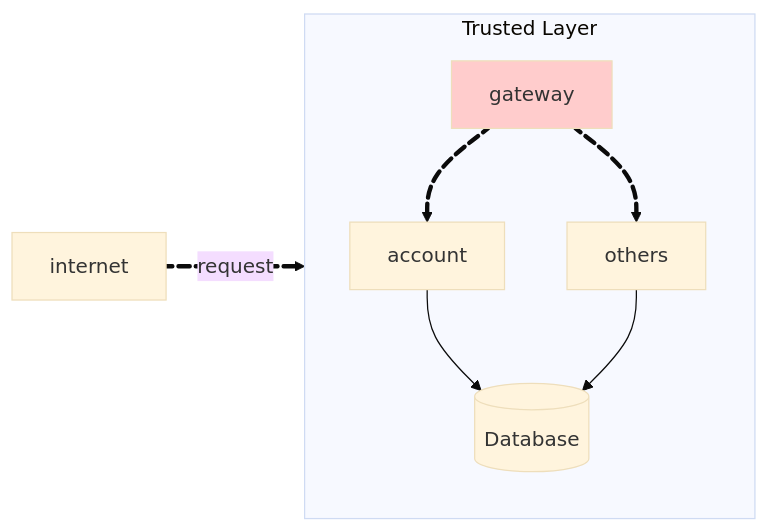
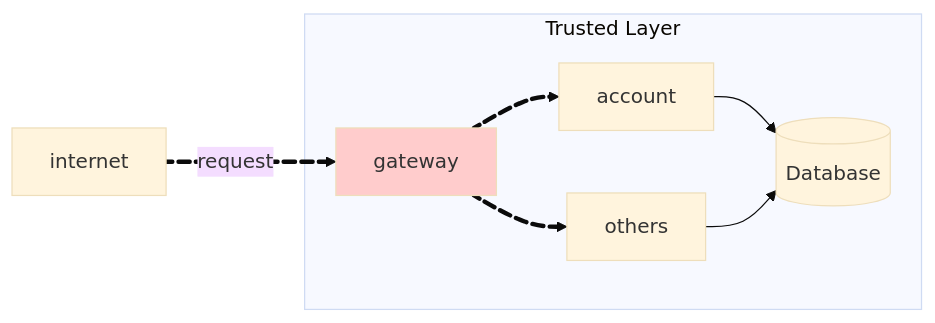
The diagram in docs/2026.1/hands-on/2/index.md (Insper/platform), drawn with Mermaid (base theme) before and after one commit. The commit also changed 6 other files, not shown here.

First line of the commit message:
fix mermaid diagrams: attach external edges directly to subgraph nodes

````diff
--- a/docs/2026.1/hands-on/2/index.md
+++ b/docs/2026.1/hands-on/2/index.md
@@ -4,15 +4,14 @@
 ``` mermaid
 flowchart LR
     subgraph api [Trusted Layer]
-        direction TB
         gateway e2@==> account
         gateway e4@==> others
         account --> db@{ shape: cyl, label: "Database" }
         others --> db
     end
     internet e1@==>|request| gateway:::red
     e1@{ animate: true }
     e2@{ animate: true }
     e4@{ animate: true }
     classDef red fill:#fcc
 ```
````
